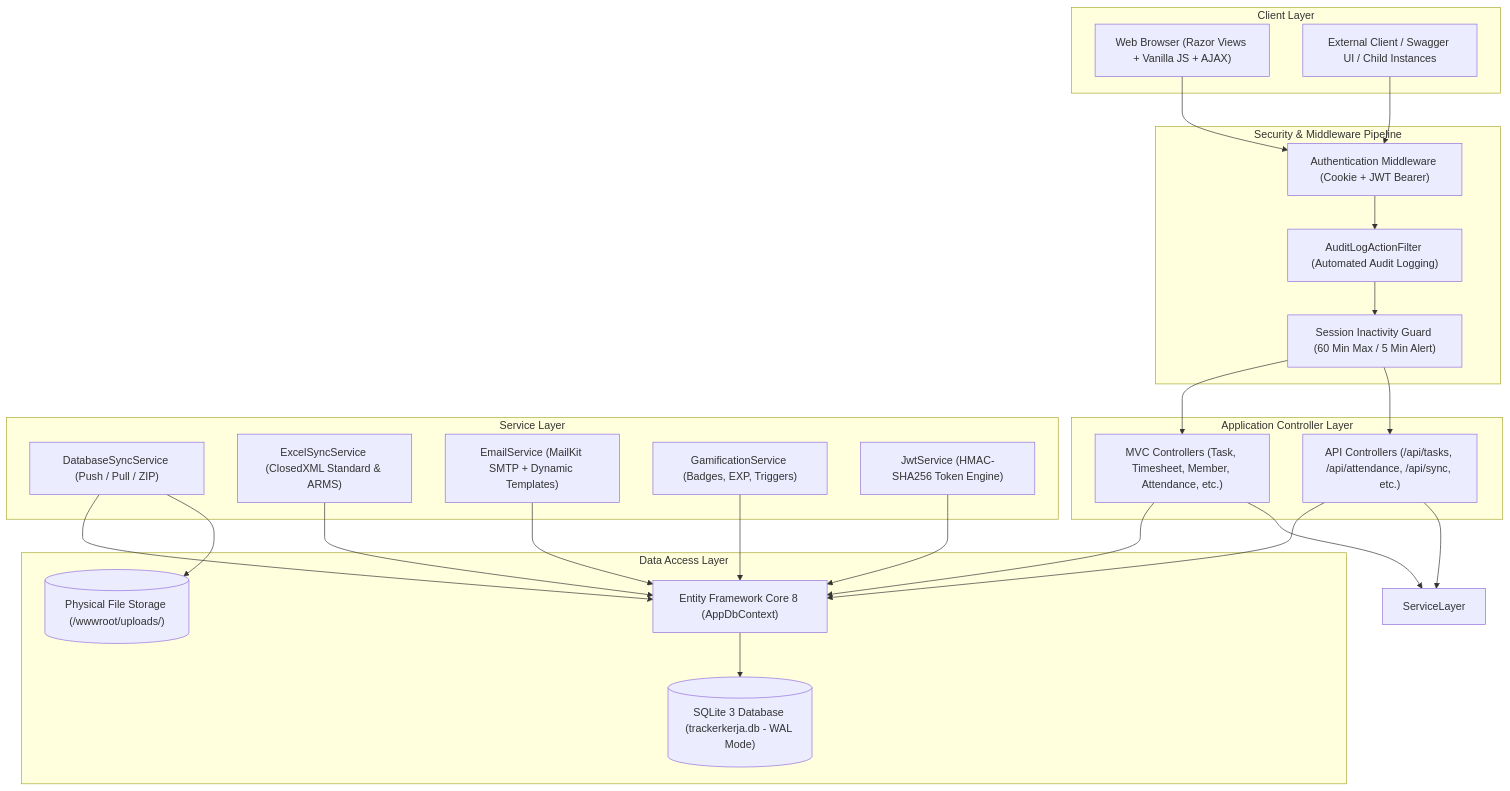
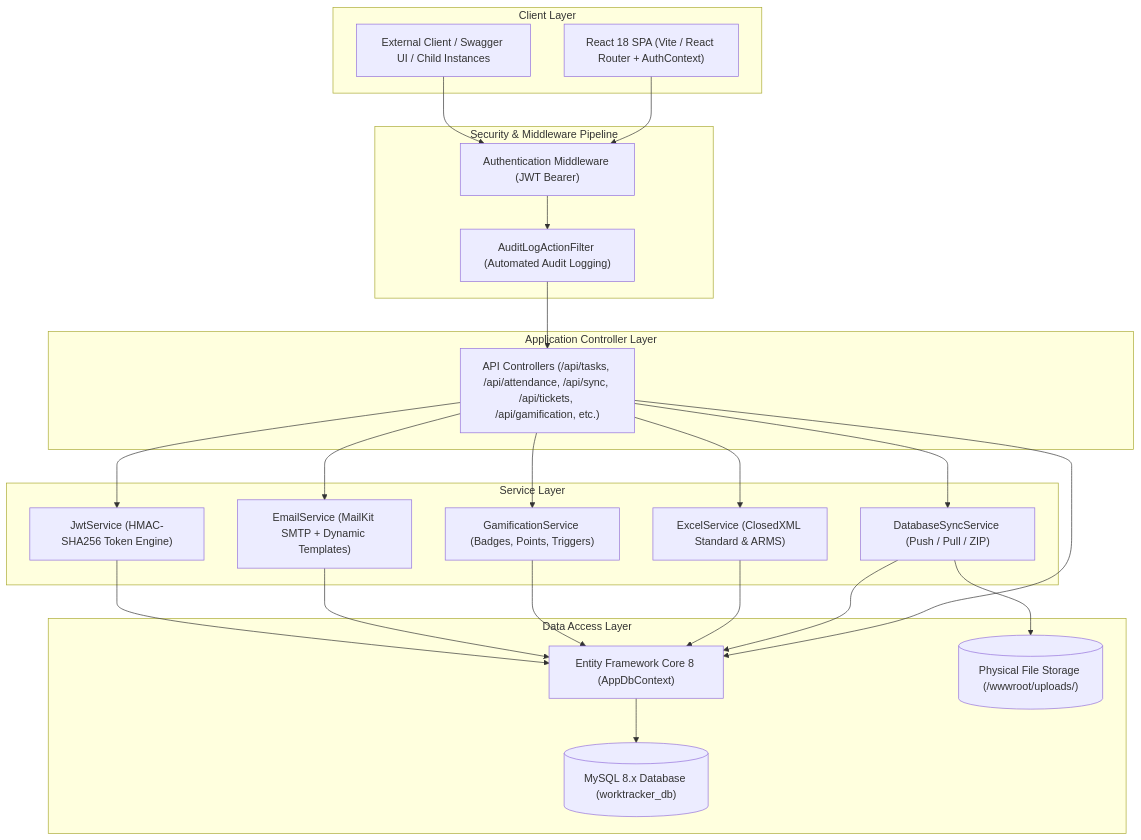
Before and after one commit to zhavick/PMTracker: the first of 2 diagrams in TSD_WORK_TRACKER_PRO.md, drawn with Mermaid. The commit also changed other lines of this file and 26 other files, not shown here.

````diff
--- a/TSD_WORK_TRACKER_PRO.md
+++ b/TSD_WORK_TRACKER_PRO.md
@@ -73,53 +73,51 @@
 ```mermaid
 graph TD
     subgraph Client Layer
-        WebBrowser["Web Browser (Razor Views + Vanilla JS + AJAX)"]
+        ReactSPA["React 18 SPA (Vite / React Router + AuthContext)"]
         ExternalClient["External Client / Swagger UI / Child Instances"]
     end
 
     subgraph Security & Middleware Pipeline
-        AuthMiddleware["Authentication Middleware (Cookie + JWT Bearer)"]
+        AuthMiddleware["Authentication Middleware (JWT Bearer)"]
         AuditFilter["AuditLogActionFilter (Automated Audit Logging)"]
-        SessionGuard["Session Inactivity Guard (60 Min Max / 5 Min Alert)"]
     end
 
     subgraph Application Controller Layer
-        MVCControllers["MVC Controllers (Task, Timesheet, Member, Attendance, etc.)"]
-        ApiControllers["API Controllers (/api/tasks, /api/attendance, /api/sync, etc.)"]
+        ApiControllers["API Controllers (/api/tasks, /api/attendance, /api/sync, /api/tickets, /api/gamification, etc.)"]
     end
 
     subgraph Service Layer
         SyncService["DatabaseSyncService (Push / Pull / ZIP)"]
-        ExcelService["ExcelSyncService (ClosedXML Standard & ARMS)"]
+        ExcelService["ExcelService (ClosedXML Standard & ARMS)"]
         EmailService["EmailService (MailKit SMTP + Dynamic Templates)"]
-        GamifyService["GamificationService (Badges, EXP, Triggers)"]
+        GamifyService["GamificationService (Badges, Points, Triggers)"]
         JwtService["JwtService (HMAC-SHA256 Token Engine)"]
     end
 
     subgraph Data Access Layer
         AppDbContext["Entity Framework Core 8 (AppDbContext)"]
-        SQLiteDB[("SQLite 3 Database (trackerkerja.db - WAL Mode)")]
+        MySQLDB[("MySQL 8.x Database (worktracker_db)")]
         FileStorage[("Physical File Storage (/wwwroot/uploads/)")]
     end
 
-    WebBrowser --> AuthMiddleware
+    ReactSPA --> AuthMiddleware
     ExternalClient --> AuthMiddleware
     AuthMiddleware --> AuditFilter
-    AuditFilter --> SessionGuard
-    SessionGuard --> MVCControllers
-    SessionGuard --> ApiControllers
+    AuditFilter --> ApiControllers
 
-    MVCControllers --> AppDbContext
-    MVCControllers --> ServiceLayer
     ApiControllers --> AppDbContext
-    ApiControllers --> ServiceLayer
+    ApiControllers --> SyncService
+    ApiControllers --> ExcelService
+    ApiControllers --> EmailService
+    ApiControllers --> GamifyService
+    ApiControllers --> JwtService
 
     SyncService --> AppDbContext
     SyncService --> FileStorage
     ExcelService --> AppDbContext
     GamifyService --> AppDbContext
     EmailService --> AppDbContext
     JwtService --> AppDbContext
 
-    AppDbContext --> SQLiteDB
+    AppDbContext --> MySQLDB
 ```
````
